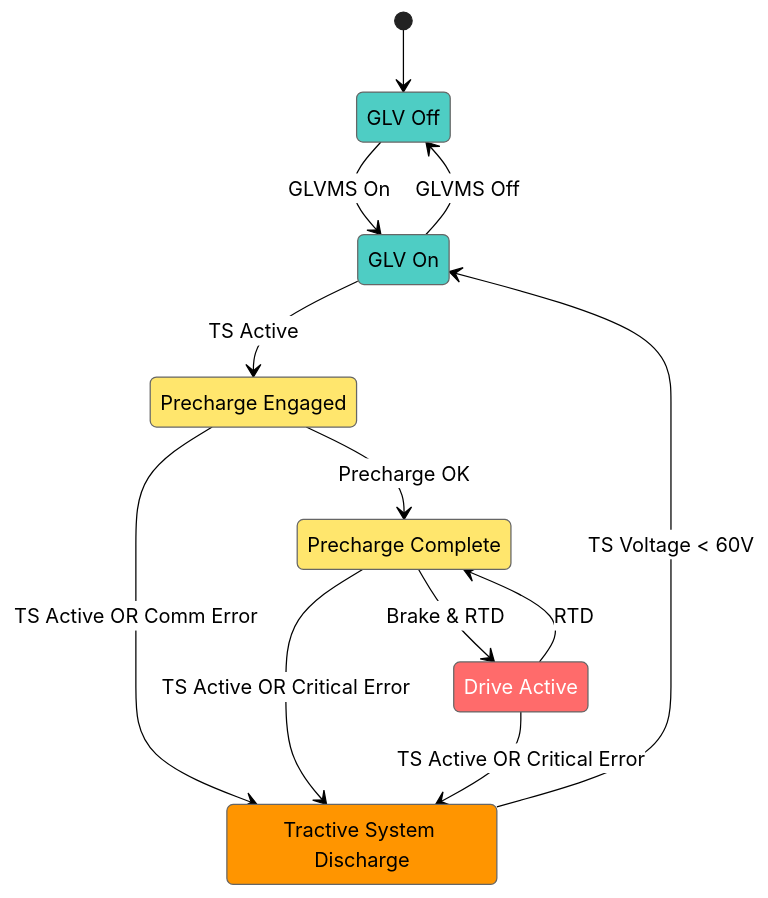
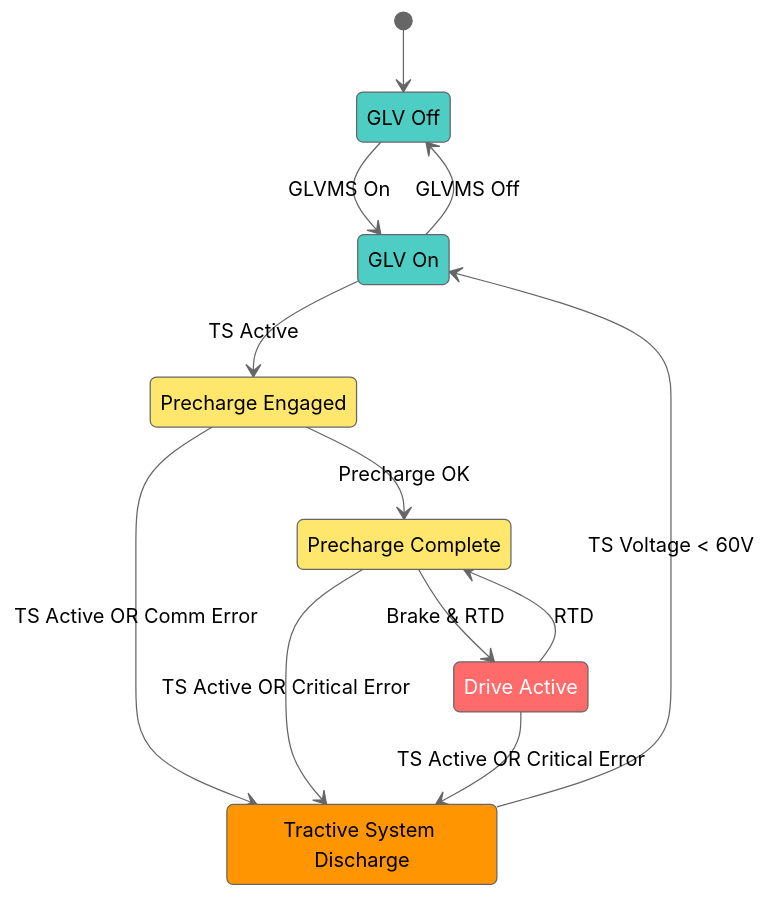
One commit to Gaucho-Racing/Firmware changed the diagram in Lib/GlobalShare/StateMachine.md. Above: the diagram before and after it, drawn with Mermaid.

Commit message:
Attempt to undo botched text

````diff
--- a/Lib/GlobalShare/StateMachine.md
+++ b/Lib/GlobalShare/StateMachine.md
@@ -9,60 +9,68 @@
 ```mermaid
 %%{init: {
-  "theme": "neutral",
-  "themeVariables": {
-    "background": "transparent",
-    "primaryColor": "#ff6b6b",
-    "secondaryColor": "#4ecdc4",
-    "tertiaryColor": "#ffe66d",
-    "fontFamily": "ui-sans-serif, system-ui, -apple-system, Segoe UI, Roboto, Helvetica, Arial"
+  'theme': 'base',
+  'themeVariables': {
+    'primaryColor': '#ff6b6b',
+    'primaryTextColor': '#000000',
+    'primaryBorderColor': '#666666',
+    'lineColor': '#666666',
+    'edgeLabelBackground': 'transparent',
+    'transitionColor': '#666666',
+    'transitionLabelColor': '#000000',
+    'secondaryColor': '#4ecdc4',
+    'tertiaryColor': '#ffe66d',
+    'background': 'transparent',
+    'mainBkg': 'transparent',
+    'secondBkg': 'transparent',
+    'tertiaryBkg': 'transparent'
   }
 }}%%
 
 stateDiagram
 
     [*] --> GLV_Off
 
     %% Main horizontal flow (top row)
     GLV_Off --> GLV_On : GLVMS On
     GLV_On --> GLV_Off : GLVMS Off
     GLV_On --> Precharge_Engaged : TS Active
     Precharge_Engaged --> Precharge_Complete : Precharge OK
     Precharge_Complete --> Drive_Active : Brake & RTD
 
     %% Normal Operation Cycle (horizontal)
     Drive_Active --> Precharge_Complete : RTD
 
     %% Discharge state positioned below
     GLV_Off
     GLV_On
     Precharge_Engaged
     Precharge_Complete
     Drive_Active
     Tractive_System_Discharge
 
     %% Downward transitions to discharge
     Precharge_Engaged --> Tractive_System_Discharge : TS Active OR Comm Error
     Precharge_Complete --> Tractive_System_Discharge : TS Active OR Critical Error
     Drive_Active --> Tractive_System_Discharge : TS Active OR Critical Error
 
     %% Return upward from discharge
     Tractive_System_Discharge --> GLV_On : TS Voltage < 60V
 
     %% State Descriptions
     GLV_Off : GLV Off
     GLV_On : GLV On
     Precharge_Engaged : Precharge Engaged
     Precharge_Complete : Precharge Complete
     Drive_Active : Drive Active
     Tractive_System_Discharge : Tractive System Discharge
 
-    classDef safeState fill:#4ecdc4,stroke:#666,stroke-width:1px,color:#000
-    classDef hvState fill:#ff6b6b,stroke:#666,stroke-width:1px,color:#fff
-    classDef transitionState fill:#ffe66d,stroke:#666,stroke-width:1px,color:#000
-    classDef dischargeState fill:#ff9500,stroke:#666,stroke-width:1px,color:#000
+    classDef safeState fill:#4ecdc4,stroke:#666666,stroke-width:1px,color:#000
+    classDef hvState fill:#ff6b6b,stroke:#666666,stroke-width:1px,color:#fff
+    classDef transitionState fill:#ffe66d,stroke:#666666,stroke-width:1px,color:#000
+    classDef dischargeState fill:#ff9500,stroke:#666666,stroke-width:1px,color:#000
 
     class GLV_Off,GLV_On safeState
     class Drive_Active hvState
     class Precharge_Engaged,Precharge_Complete transitionState
     class Tractive_System_Discharge dischargeState
 ```
````
